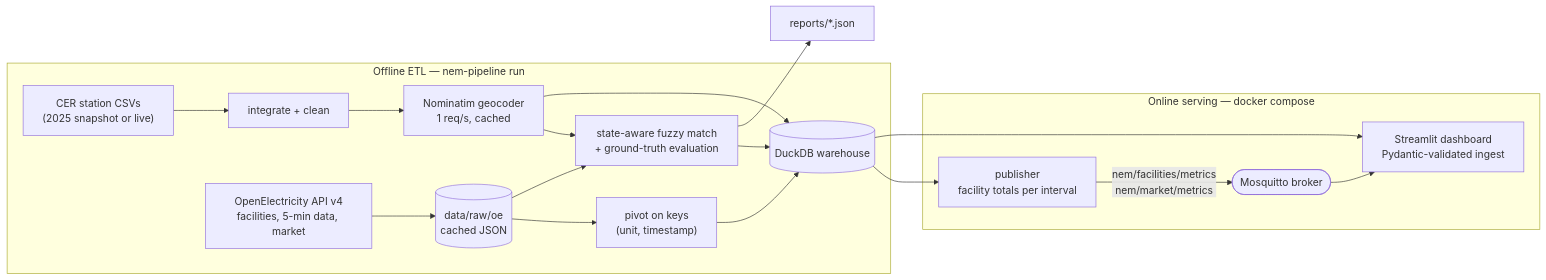
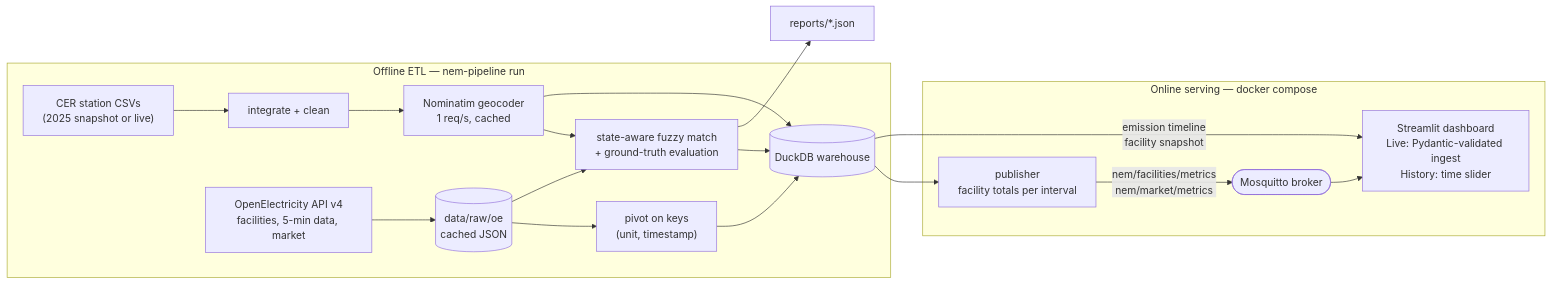
Before and after one commit to daniel880830/nem-realtime-pipeline: the diagram in README.md, drawn with Mermaid. The commit also changed other lines of this file and 8 other files, not shown here.

First line of the commit message:
Add CO2 history view with time slider to the dashboard

````diff
--- a/README.md
+++ b/README.md
@@ -48,21 +58,21 @@
 ```mermaid
 flowchart LR
     subgraph Offline["Offline ETL — nem-pipeline run"]
         CER["CER station CSVs<br/>(2025 snapshot or live)"] --> CLEAN["integrate + clean"]
         CLEAN --> GEO["Nominatim geocoder<br/>1 req/s, cached"]
         OE["OpenElectricity API v4<br/>facilities, 5-min data, market"] --> RAW[("data/raw/oe<br/>cached JSON")]
         RAW --> TF["pivot on keys<br/>(unit, timestamp)"]
         GEO --> MATCH["state-aware fuzzy match<br/>+ ground-truth evaluation"]
         RAW --> MATCH
         TF --> WH[("DuckDB warehouse")]
         MATCH --> WH
         GEO --> WH
     end
     subgraph Online["Online serving — docker compose"]
         WH --> PUB["publisher<br/>facility totals per interval"]
         PUB -->|"nem/facilities/metrics<br/>nem/market/metrics"| BROKER(["Mosquitto broker"])
-        BROKER --> DASH["Streamlit dashboard<br/>Pydantic-validated ingest"]
-        WH --> DASH
+        BROKER --> DASH["Streamlit dashboard<br/>Live: Pydantic-validated ingest<br/>History: time slider"]
+        WH -->|"emission timeline<br/>facility snapshot"| DASH
     end
     MATCH --> REP["reports/*.json"]
 ```
````
